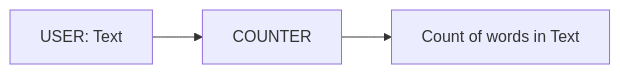
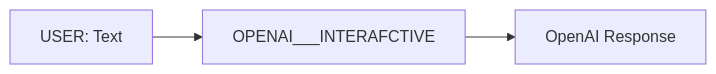
One commit to megagonlabs/blue-examples changed the diagram in demos/openai/README.md. Above: the diagram before and after it, drawn with Mermaid. The commit also changed other lines of this file, not shown here.

````diff
--- a/demos/openai/README.md
+++ b/demos/openai/README.md
@@ -44,4 +44,4 @@
 ```mermaid
 graph LR;
-    A[USER: Text] --> B[COUNTER] --> C[Count of words in Text];
+    A[USER: Text] --> B[OPENAI___INTERAFCTIVE] --> C[OpenAI Response];
 ```
````
